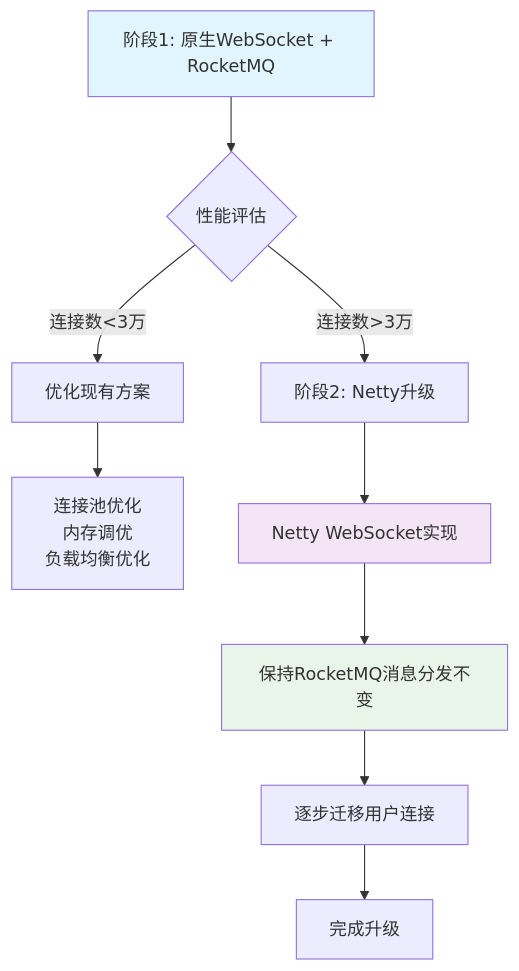
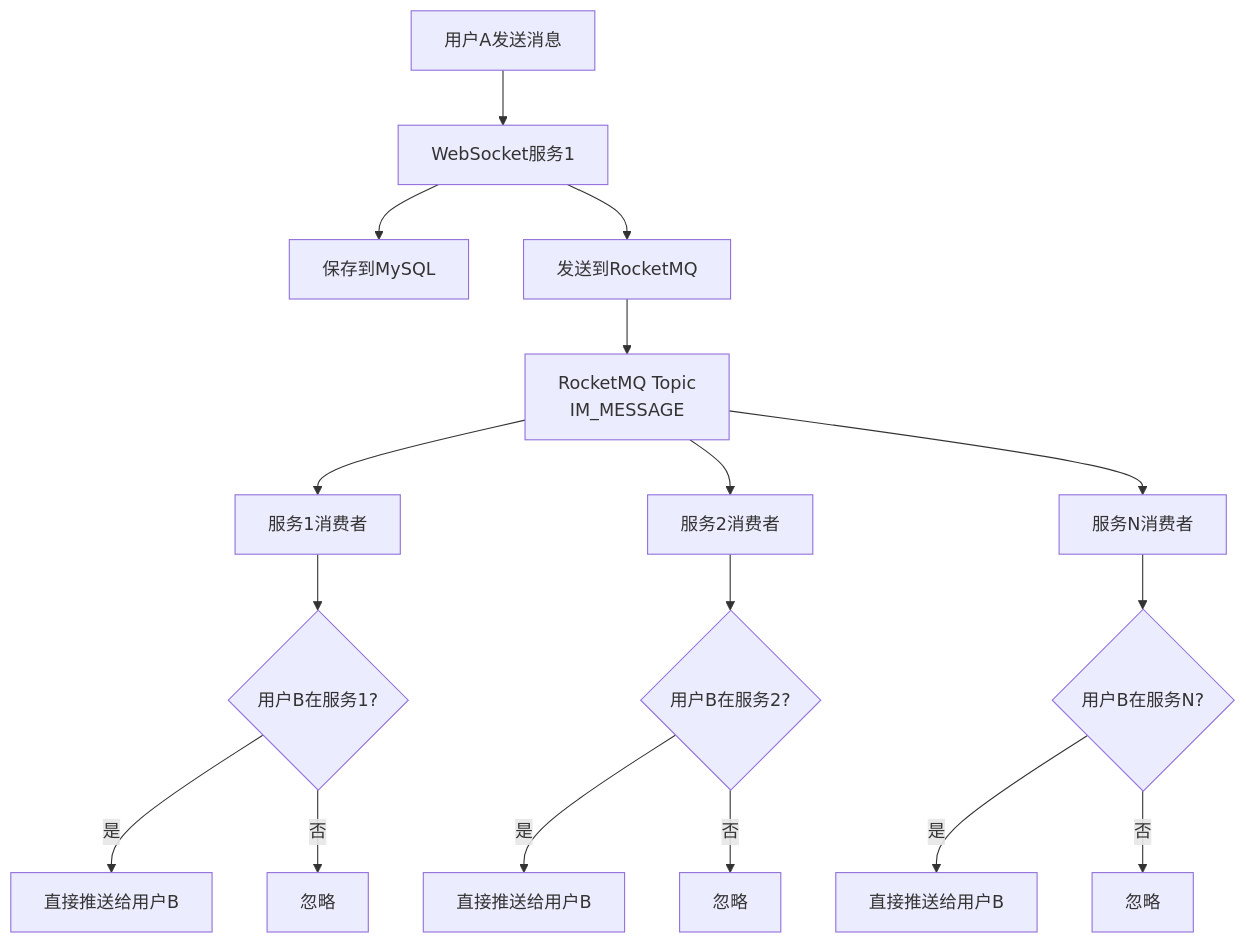
Before and after one commit to carso66/maxkb: the seventh of 9 diagrams in technical-solution.md, drawn with Mermaid. The commit also changed other lines of this file, not shown here.

````diff
--- a/technical-solution.md
+++ b/technical-solution.md
@@ -2147,17 +1873,25 @@
 ```mermaid
 graph TD
-    A[阶段1: 原生WebSocket + RocketMQ] --> B{性能评估}
-    B -->|连接数<3万| C[优化现有方案]
-    B -->|连接数>3万| D[阶段2: Netty升级]
+    A[用户A发送消息] --> B[WebSocket服务1]
+    B --> C[保存到MySQL]
+    B --> D[发送到RocketMQ]
     
-    C --> E[连接池优化<br>内存调优<br>负载均衡优化]
+    D --> E[RocketMQ Topic<br>IM_MESSAGE]
     
-    D --> F[Netty WebSocket实现]
-    F --> G[保持RocketMQ消息分发不变]
-    G --> H[逐步迁移用户连接]
-    H --> I[完成升级]
+    E --> F[服务1消费者]
+    E --> G[服务2消费者]
+    E --> H[服务N消费者]
     
-    style A fill:#e1f5fe
-    style F fill:#f3e5f5
-    style G fill:#e8f5e8
+    F --> I{用户B在服务1?}
+    G --> J{用户B在服务2?}
+    H --> K{用户B在服务N?}
+    
+    I -->|是| L[直接推送给用户B]
+    I -->|否| M[忽略]
+    
+    J -->|是| N[直接推送给用户B]
+    J -->|否| O[忽略]
+    
+    K -->|是| P[直接推送给用户B]
+    K -->|否| Q[忽略]
 ```
````
